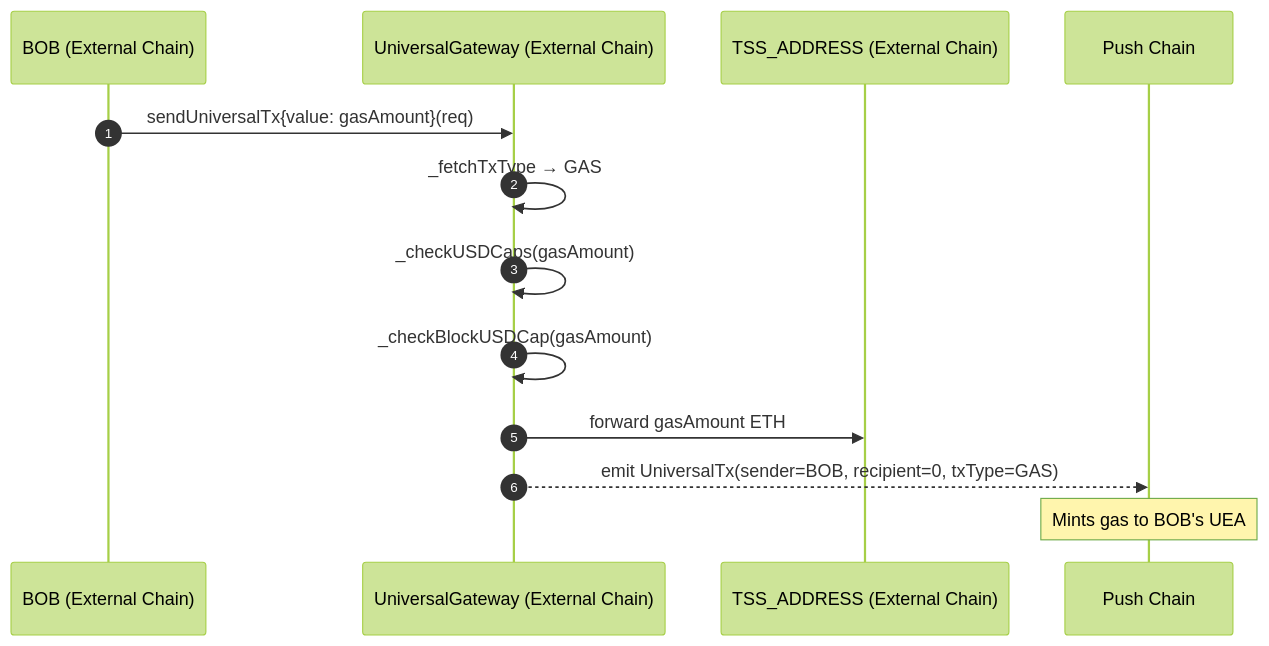
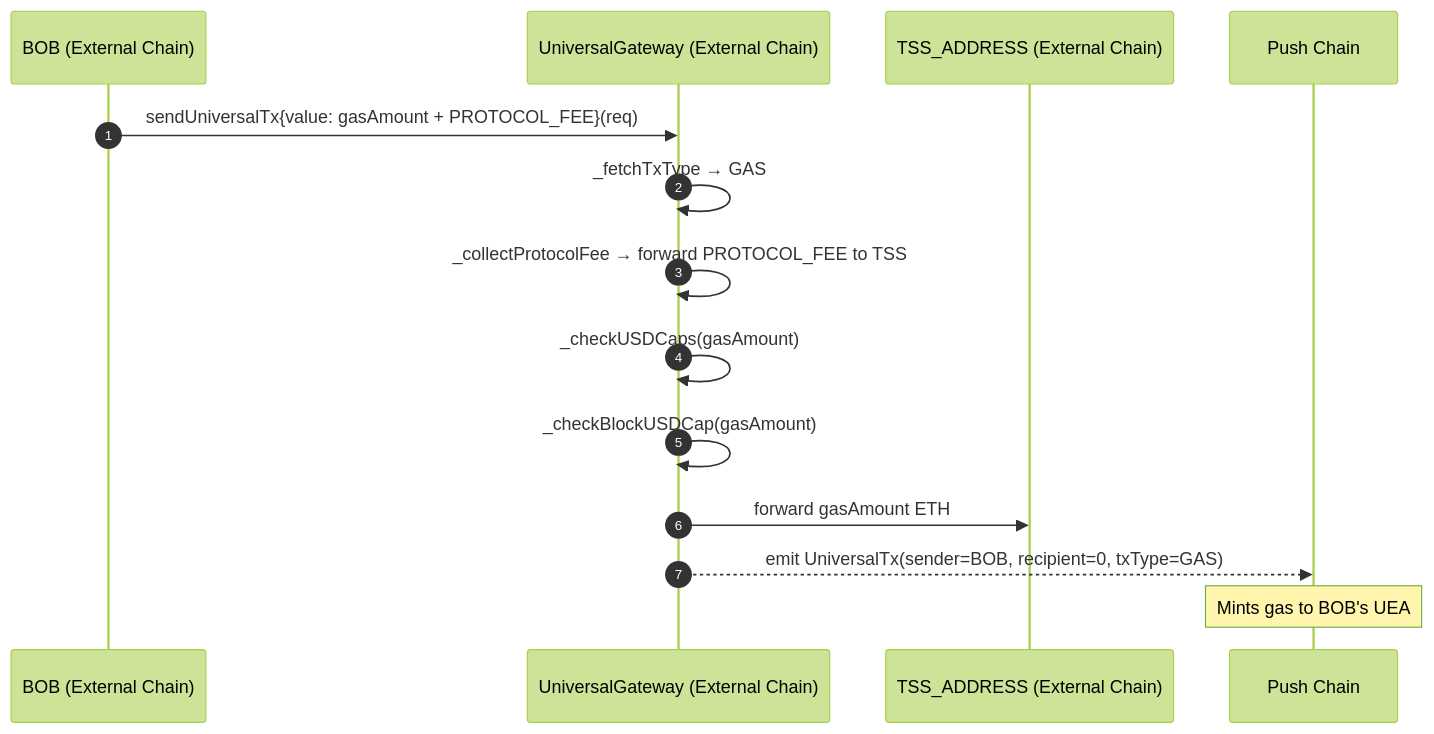
One commit to pushchain/push-chain-gateway-contracts changed the first of 11 diagrams in contracts/evm-gateway/docs/5_InboundTx_Flows.md. Above: the diagram before and after it, drawn with Mermaid (forest theme). The commit also changed other lines of this file, not shown here.

````diff
--- a/contracts/evm-gateway/docs/5_InboundTx_Flows.md
+++ b/contracts/evm-gateway/docs/5_InboundTx_Flows.md
@@ -131,16 +155,17 @@
 ```mermaid
 sequenceDiagram
     autonumber
     participant BOB as BOB (External Chain)
     participant GW as UniversalGateway (External Chain)
     participant TSS as TSS_ADDRESS (External Chain)
     participant PC as Push Chain
 
-    BOB->>GW: sendUniversalTx{value: gasAmount}(req)
+    BOB->>GW: sendUniversalTx{value: gasAmount + PROTOCOL_FEE}(req)
     GW->>GW: _fetchTxType → GAS
+    GW->>GW: _collectProtocolFee → forward PROTOCOL_FEE to TSS
     GW->>GW: _checkUSDCaps(gasAmount)
     GW->>GW: _checkBlockUSDCap(gasAmount)
     GW->>TSS: forward gasAmount ETH
     GW-->>PC: emit UniversalTx(sender=BOB, recipient=0, txType=GAS)
     Note over PC: Mints gas to BOB's UEA
 ```
````
